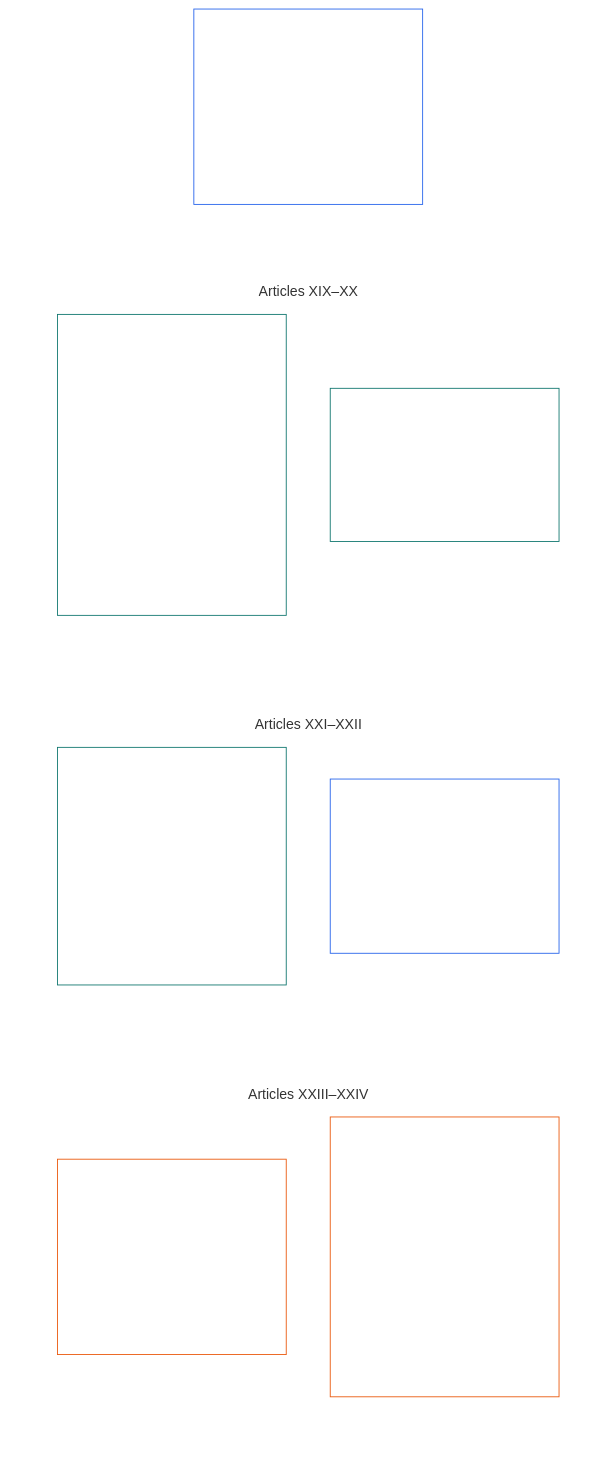
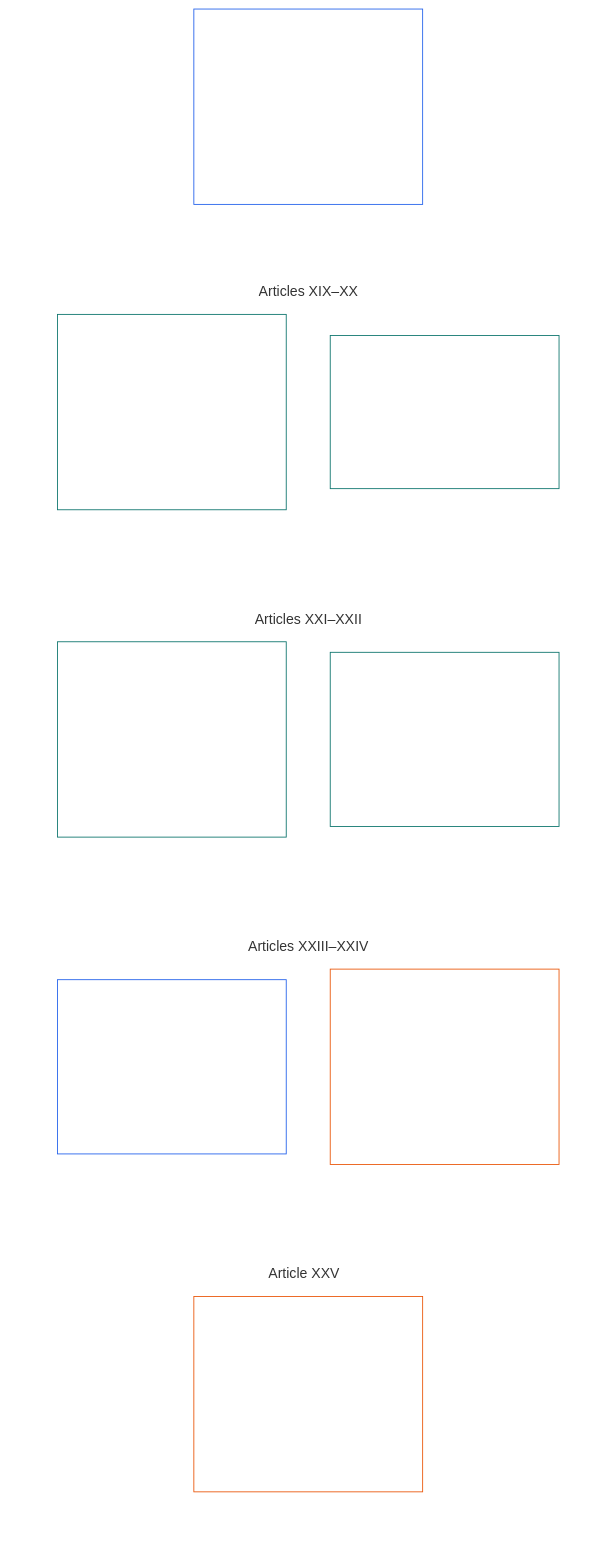
The diagram in translations/fr/core_06_rights_part_d.md (kfoelsch/Sentient_Constitution), drawn with Mermaid (forest theme) before and after one commit. The commit also changed other lines of this file and 353 other files, not shown here.

````diff
--- a/translations/fr/core_06_rights_part_d.md
+++ b/translations/fr/core_06_rights_part_d.md
@@ -40,36 +40,42 @@
 ```mermaid
 flowchart TB
-    D0["Partie D<br/><br/>Qualité pour agir, justice, interopérabilité,<br/>intelligibilité, examen des causes profondes et interprétation constitutionnelle"]
+    D0["Part D<br/><br/>qualité pour agir, justice, interopérabilité, mobilité et refuge, intelligibilité, causes profondes et interprétation constitutionnelle"]
     subgraph Dgrid[" "]
         direction TB
         subgraph Drow1["Articles XIX–XX"]
-            D1["Article XIX · Qualité pour agir et statut de participation<br/><br/>• Distinctions de qualité pour agir<br/>• Contestabilité et limites aux restrictions<br/>• Éligibilité aux voies nommées, responsabilité et audit<br/>• Mobilité, refuge et absence d’apatridie"]
-            D2["Article XX · Justice après un manquement vérifié<br/><br/>• Objectif et portée de la justice<br/>• Planchers de restriction"]
+            D1["Article XIX · qualité pour agir et statut de participation<br/><br/>• distinctions ; contestation et limites ; éligibilité, manquements et verrous ; vote et verrous spéciaux"]
+            D2["Article XX · justice après un manquement vérifié<br/><br/>• objectif et portée de la justice ; planchers de restriction"]
         end
         subgraph Drow2["Articles XXI–XXII"]
-            D3["Article XXI · Interopérabilité, portabilité, mobilité, refuge et intégrité de sortie<br/><br/>• Portabilité<br/>• Interopérabilité réciproque<br/>• Règle anti-enfermement<br/>• Mobilité, migration, refuge et absence d’apatridie"]
-            D4["Article XXII · Intelligibilité et gestion responsable de la complexité<br/><br/>• Intelligibilité proportionnée<br/>• Audit de la complexité et modularité"]
+            D3["Article XXI · interopérabilité, portabilité et intégrité de sortie<br/><br/>• portabilité ; interopérabilité réciproque ; anti-enfermement ; formats et normes ouverts"]
+            D4["Article XXII · mobilité, refuge et absence d’apatridie<br/><br/>• mobilité ; refuge ; absence d’apatridie ; limites, garde et urgences"]
         end
         subgraph Drow3["Articles XXIII–XXIV"]
-            D5["Article XXIII · Analyse des causes profondes et réponse adaptative<br/><br/>• Rigueur diagnostique et attribution causale<br/>• Auditabilité, contestation et réversibilité"]
-            D6["Article XXIV · Interprétation constitutionnelle, examen et garanties anti-captation<br/><br/>• Mandat interprétatif limité<br/>• Composition, rotation et conflits d’intérêts<br/>• Motifs publics, droits de contestation et examen externe<br/>• Révocation et prévention de l’enracinement"]
+            D5["Article XXIII · intelligibilité et gestion responsable de la complexité<br/><br/>• intelligibilité proportionnée ; audit de la complexité et modularité"]
+            D6["Article XXIV · analyse des causes profondes et réponse adaptative<br/><br/>• rigueur diagnostique ; attribution causale ; auditabilité, contestation et réversibilité"]
+        end
+        subgraph Drow4["Article XXV"]
+            D7["Article XXV · interprétation constitutionnelle, examen et garanties anti-captation<br/><br/>• mandat limité ; indépendance et contrôle externe ; révocation et absence d’enracinement"]
         end
     end
-    %% Les liens invisibles forcent une grille à deux colonnes : chaque lien place sa cible un niveau plus bas.
+    %% Invisible links place the cards in the source reading order.
     D0 ~~~ D1 & D2
     D1 ~~~ D3
     D2 ~~~ D4
     D3 ~~~ D5
     D4 ~~~ D6
+    D5 & D6 ~~~ D7
     style Dgrid fill:none,stroke:none
     style Drow1 fill:none,stroke:none
     style Drow2 fill:none,stroke:none
     style Drow3 fill:none,stroke:none
+    style Drow4 fill:none,stroke:none
     style D0 fill:none,stroke:#2563eb,color:#ffffff
     style D1 fill:none,stroke:#0f766e,color:#ffffff
     style D2 fill:none,stroke:#0f766e,color:#ffffff
     style D3 fill:none,stroke:#0f766e,color:#ffffff
-    style D4 fill:none,stroke:#2563eb,color:#ffffff
-    style D5 fill:none,stroke:#ea580c,color:#ffffff
+    style D4 fill:none,stroke:#0f766e,color:#ffffff
+    style D5 fill:none,stroke:#2563eb,color:#ffffff
     style D6 fill:none,stroke:#ea580c,color:#ffffff
+    style D7 fill:none,stroke:#ea580c,color:#ffffff
 ```
````
